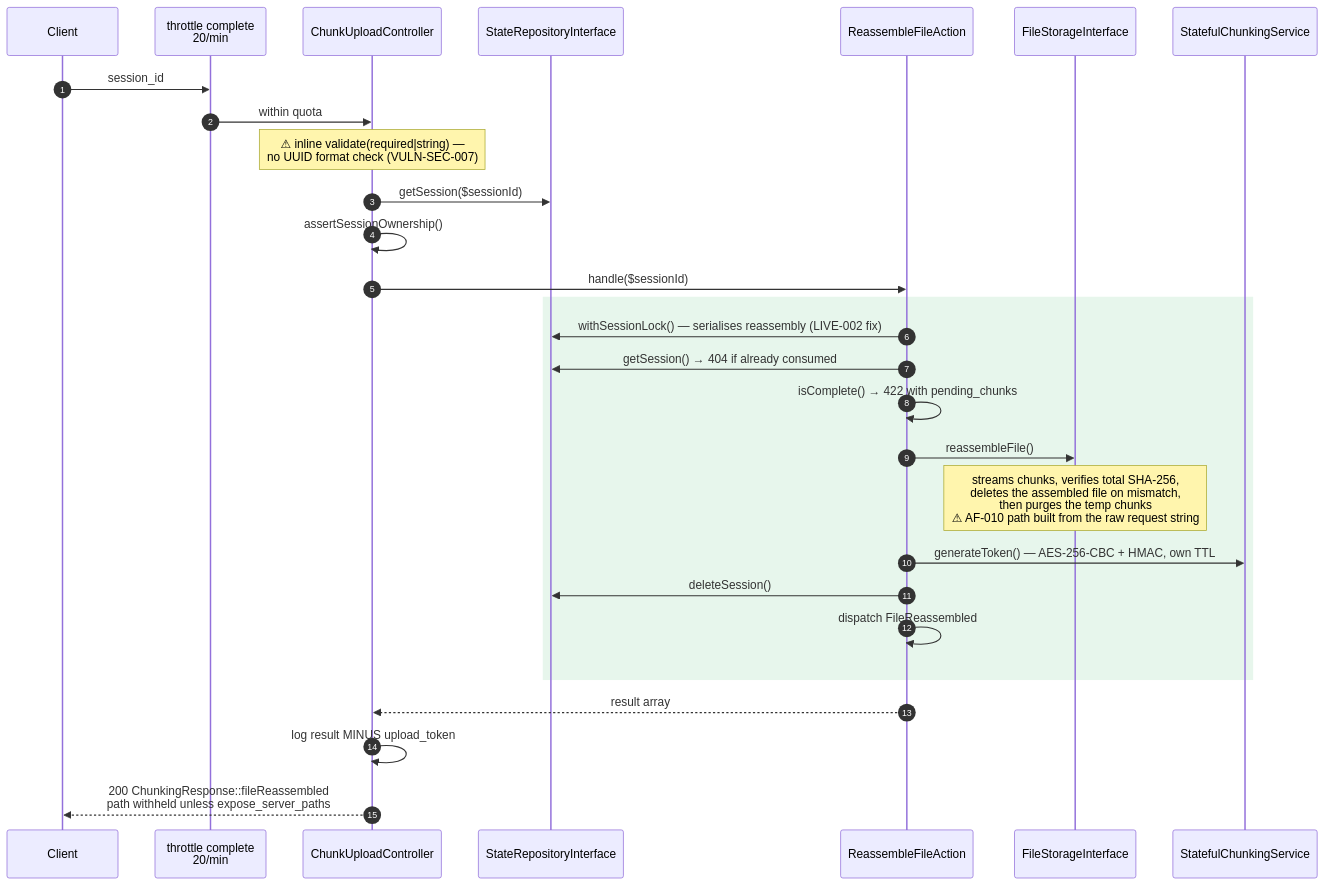
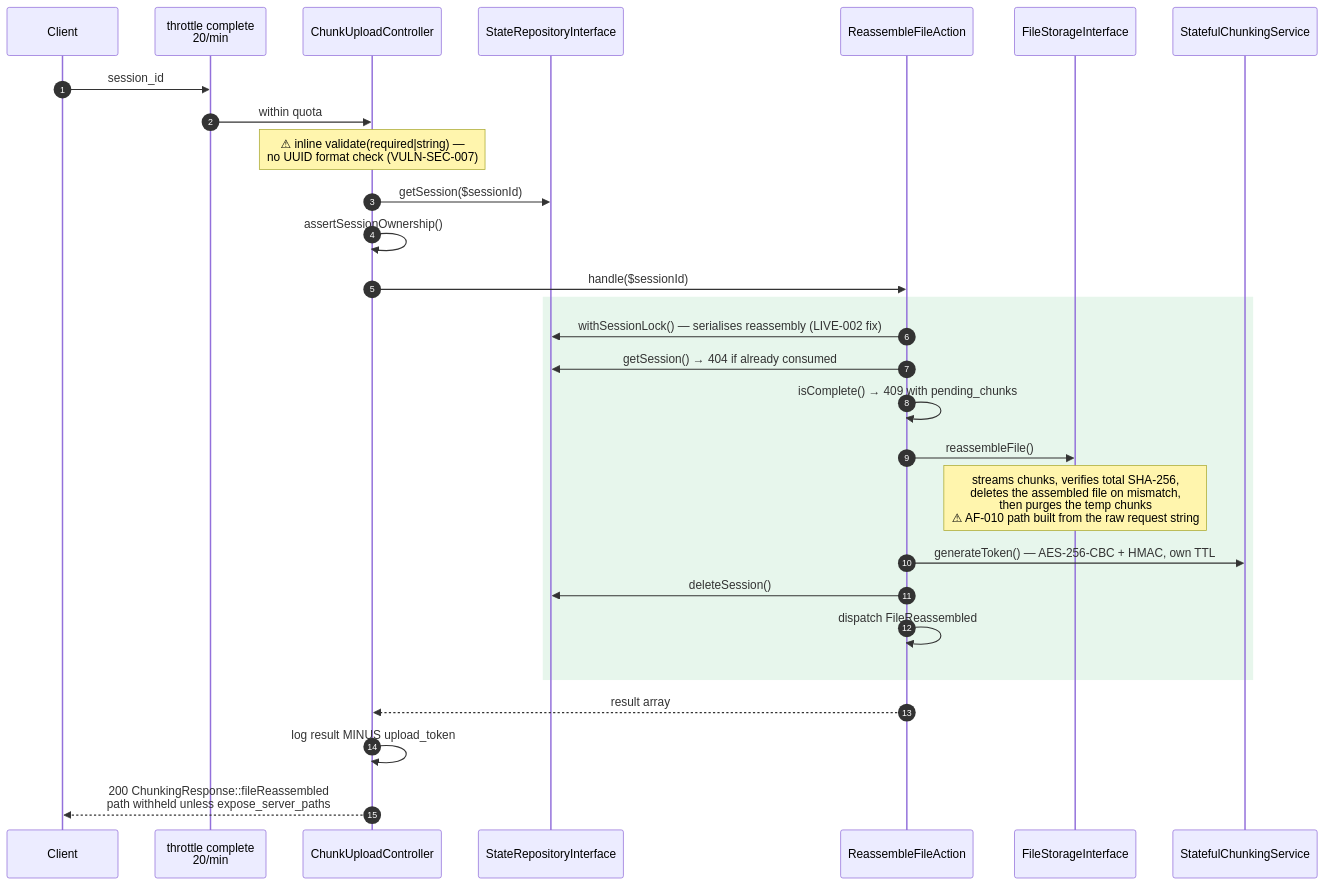
Before and after one commit to JuanGuerreroDev/stateful-chunking-package: the fourth of 6 diagrams in docs/architecture/request-lifecycle.md, drawn with Mermaid. The commit also changed other lines of this file and 1 other file, not shown here.

````diff
--- a/docs/architecture/request-lifecycle.md
+++ b/docs/architecture/request-lifecycle.md
@@ -147,33 +147,33 @@
 ```mermaid
 sequenceDiagram
     autonumber
     participant CL as Client
     participant RL as throttle complete<br/>20/min
     participant CT as ChunkUploadController
     participant RP as StateRepositoryInterface
     participant AC as ReassembleFileAction
     participant ST as FileStorageInterface
     participant TK as StatefulChunkingService
 
     CL->>RL: session_id
     RL->>CT: within quota
     Note over CT: ⚠ inline validate(required|string) —<br/>no UUID format check (VULN-SEC-007)
     CT->>RP: getSession($sessionId)
     CT->>CT: assertSessionOwnership()
     CT->>AC: handle($sessionId)
 
     rect rgb(231, 246, 236)
         AC->>RP: withSessionLock() — serialises reassembly (LIVE-002 fix)
         AC->>RP: getSession() → 404 if already consumed
-        AC->>AC: isComplete() → 422 with pending_chunks
+        AC->>AC: isComplete() → 409 with pending_chunks
         AC->>ST: reassembleFile()
         Note over ST: streams chunks, verifies total SHA-256,<br/>deletes the assembled file on mismatch,<br/>then purges the temp chunks<br/>⚠ AF-010 path built from the raw request string
         AC->>TK: generateToken() — AES-256-CBC + HMAC, own TTL
         AC->>RP: deleteSession()
         AC->>AC: dispatch FileReassembled
     end
 
     AC-->>CT: result array
     CT->>CT: log result MINUS upload_token
     CT-->>CL: 200 ChunkingResponse::fileReassembled<br/>path withheld unless expose_server_paths
 ```
````
